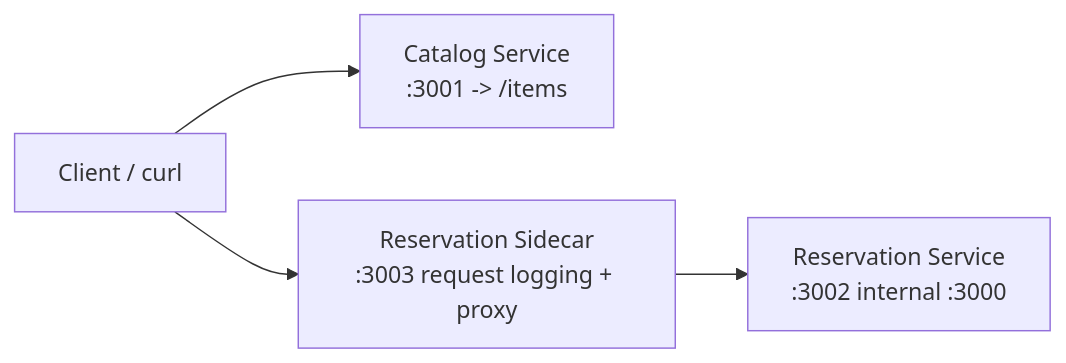
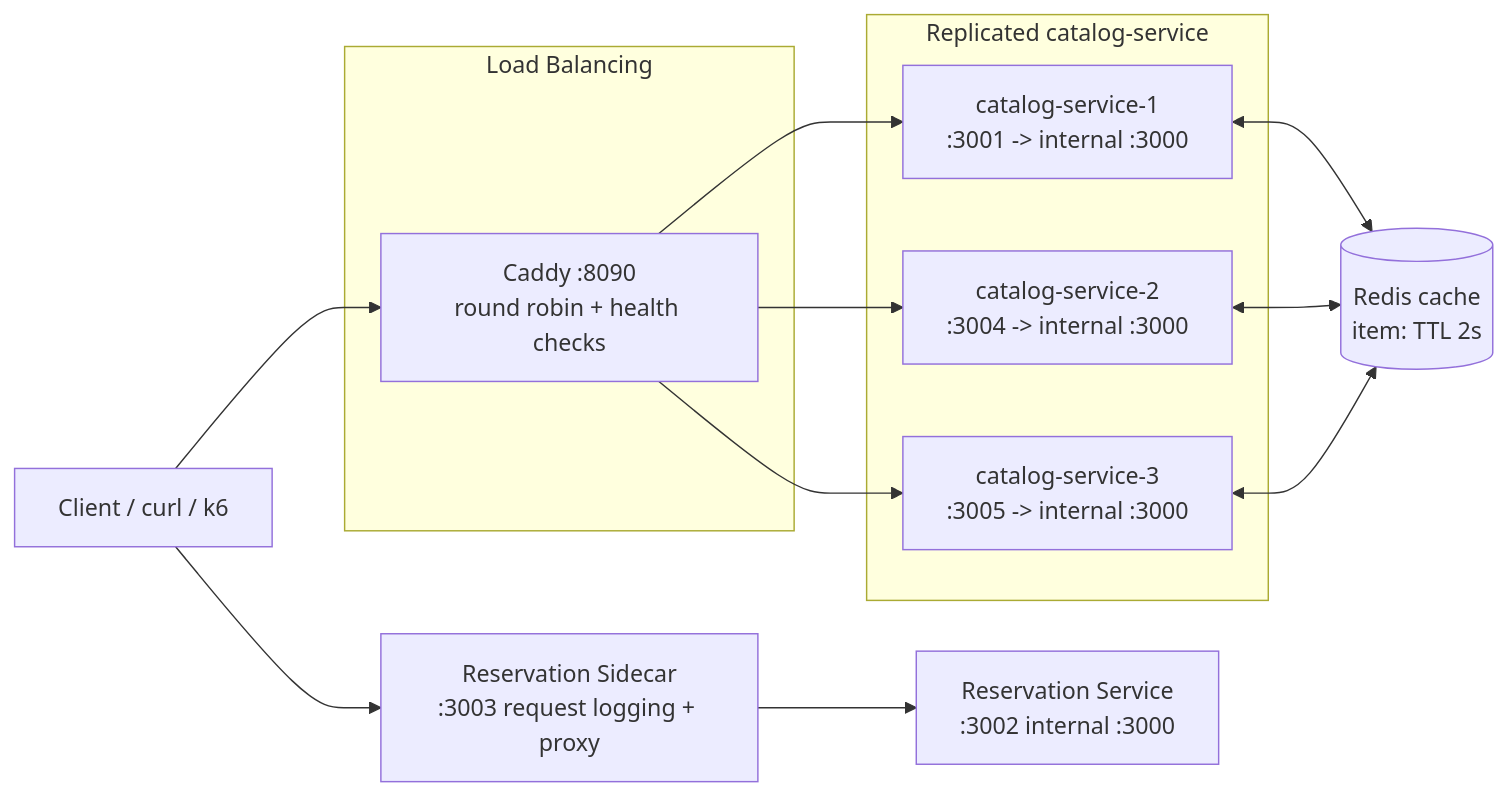
The diagram in docs/SERVICES.md (jessbarretto19/426-project-share-cast), drawn with Mermaid before and after one commit. The commit also changed other lines of this file and 6 other files, not shown here.

Commit message:
sprint 3 - caddy integration, caching, first load test

````diff
--- a/docs/SERVICES.md
+++ b/docs/SERVICES.md
@@ -11,11 +13,30 @@
 ```mermaid
 flowchart LR
-		Client[Client / curl]
-		Catalog[Catalog Service\n:3001 -> /items]
-		Sidecar[Reservation Sidecar\n:3003 request logging + proxy]
-		Reservation[Reservation Service\n:3002 internal :3000]
+    Client[Client / curl / k6]
 
-		Client --> Catalog
-		Client --> Sidecar
-		Sidecar --> Reservation
+    subgraph LB[Load Balancing]
+        Caddy[Caddy :8090\nround robin + health checks]
+    end
+
+    subgraph Catalog[Replicated catalog-service]
+        Cat1[catalog-service-1\n:3001 -> internal :3000]
+        Cat2[catalog-service-2\n:3004 -> internal :3000]
+        Cat3[catalog-service-3\n:3005 -> internal :3000]
+    end
+
+    Redis[(Redis cache\nitem: TTL 2s)]
+
+    Sidecar[Reservation Sidecar\n:3003 request logging + proxy]
+    Reservation[Reservation Service\n:3002 internal :3000]
+
+    Client --> Caddy
+    Caddy --> Cat1
+    Caddy --> Cat2
+    Caddy --> Cat3
+    Cat1 <--> Redis
+    Cat2 <--> Redis
+    Cat3 <--> Redis
+
+    Client --> Sidecar
+    Sidecar --> Reservation
 ```
````
